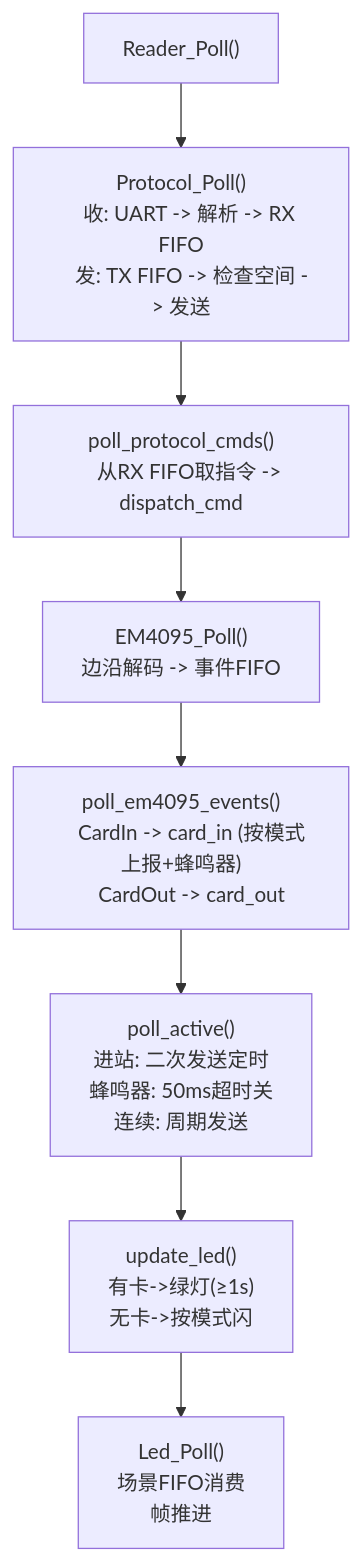
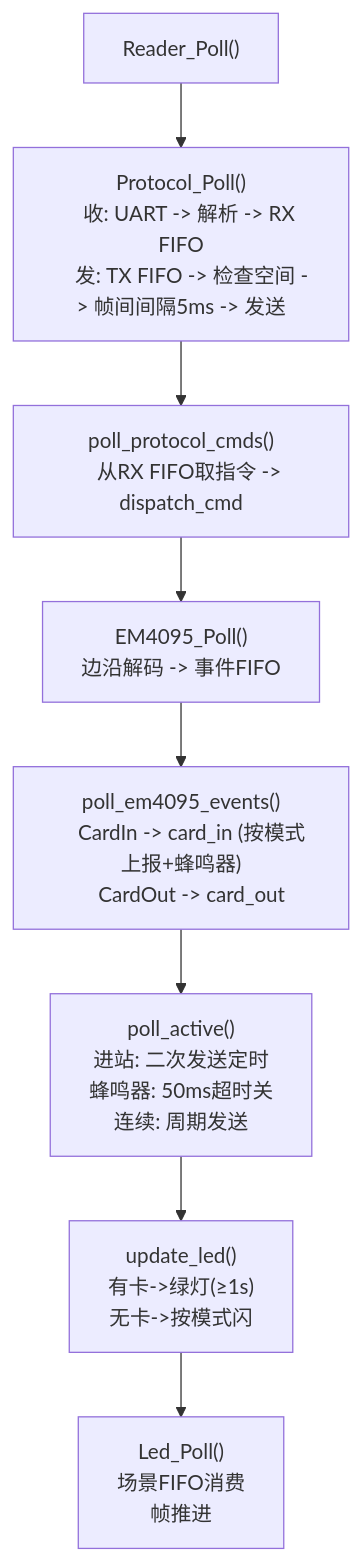
The eighth of 8 diagrams in 工作/[[SR3读卡器]]/260804SR3框架整理.md (Siaiai/ObsidianNote), drawn with Mermaid before and after one commit.

Commit message:
[自动]笔记同步:2026-08-13 15:06:04 涉及文件个数:1
Affected files:
工作/[[SR3读卡器]]/260804SR3框架整理.md

````diff
--- a/工作/[[SR3读卡器]]/260804SR3框架整理.md
+++ b/工作/[[SR3读卡器]]/260804SR3框架整理.md
@@ -485,39 +485,39 @@
 ```mermaid
 flowchart TB
     POLL["Reader_Poll()"]
 
     P1["Protocol_Poll()
     收: UART -> 解析 -> RX FIFO
-    发: TX FIFO -> 检查空间 -> 发送"]
+    发: TX FIFO -> 检查空间 -> 帧间间隔5ms -> 发送"]
 
     P2["poll_protocol_cmds()
     从RX FIFO取指令 -> dispatch_cmd"]
 
     P3["EM4095_Poll()
     边沿解码 -> 事件FIFO"]
 
     P4["poll_em4095_events()
     CardIn -> card_in (按模式上报+蜂鸣器)
     CardOut -> card_out"]
 
     P5["poll_active()
     进站: 二次发送定时
     蜂鸣器: 50ms超时关
     连续: 周期发送"]
 
     P6["update_led()
     有卡->绿灯(≥1s)
     无卡->按模式闪"]
 
     P7["Led_Poll()
     场景FIFO消费
     帧推进"]
 
     POLL --> P1
     P1 --> P2
     P2 --> P3
     P3 --> P4
     P4 --> P5
     P5 --> P6
     P6 --> P7
 ```
````
